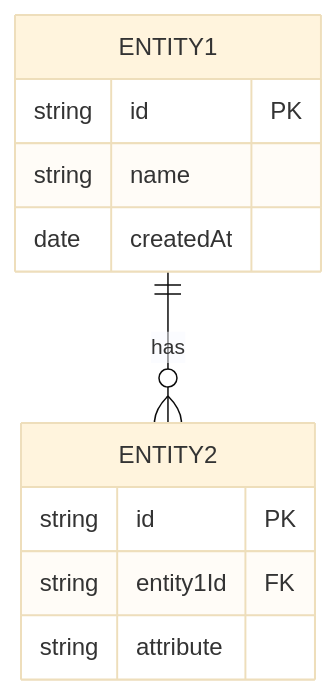
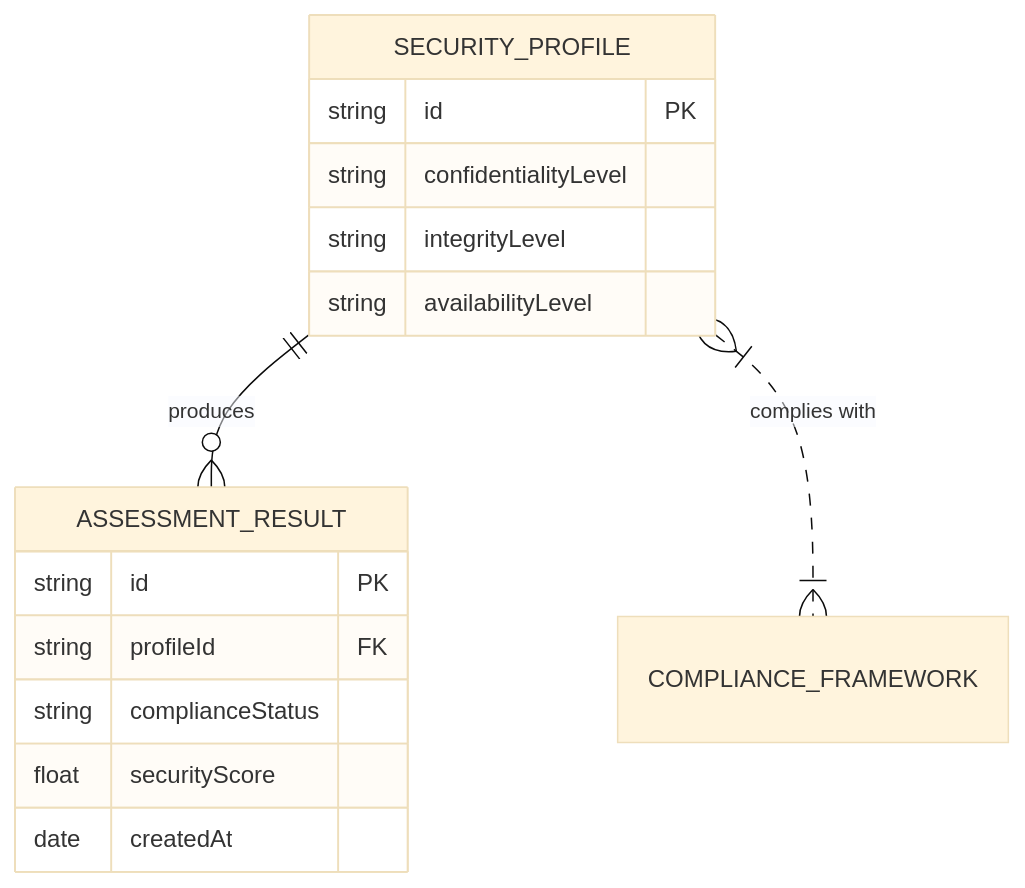
One commit to Hack23/cia-compliance-manager changed the sixth of 6 diagrams in docs/architecture/STYLE_GUIDE.md. Above: the diagram before and after it, drawn with Mermaid (base theme). The commit also changed other lines of this file and 1 other file, not shown here.

Commit message:
feat(docs): enhance contribution and style guidelines with updated color palettes and diagram styles

````diff
--- a/docs/architecture/STYLE_GUIDE.md
+++ b/docs/architecture/STYLE_GUIDE.md
@@ -178,16 +221,21 @@
 ```mermaid
 erDiagram
-    ENTITY1 {
+    SECURITY_PROFILE {
         string id PK
-        string name
+        string confidentialityLevel
+        string integrityLevel
+        string availabilityLevel
+    }
+    
+    ASSESSMENT_RESULT {
+        string id PK
+        string profileId FK
+        string complianceStatus
+        float securityScore
         date createdAt
     }
     
-    ENTITY2 {
-        string id PK
-        string entity1Id FK
-        string attribute
-    }
+    SECURITY_PROFILE ||--o{ ASSESSMENT_RESULT : "produces"
     
-    ENTITY1 ||--o{ ENTITY2 : "has"
+    SECURITY_PROFILE }|..|{ COMPLIANCE_FRAMEWORK : "complies with"
 ```
````
